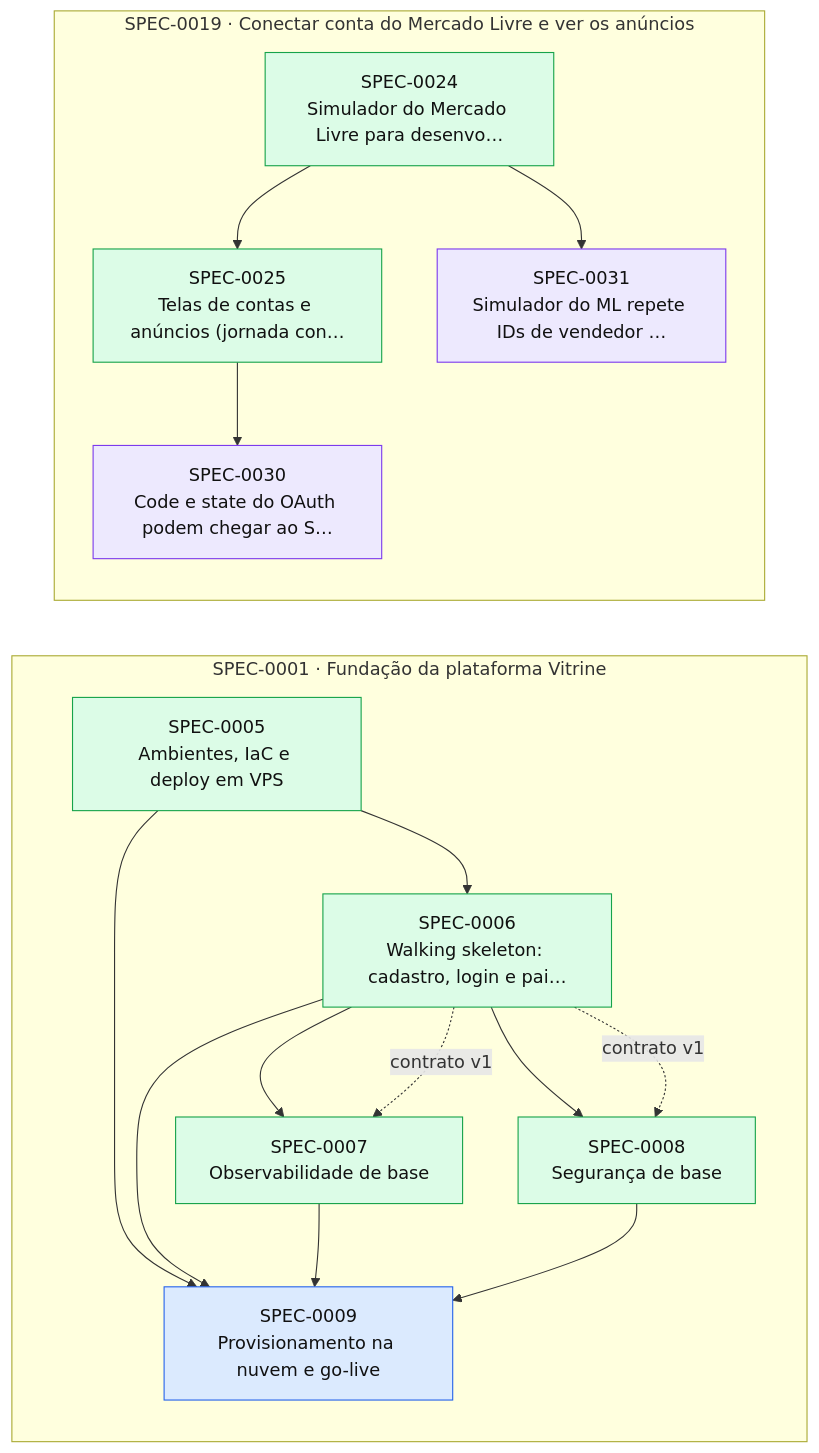
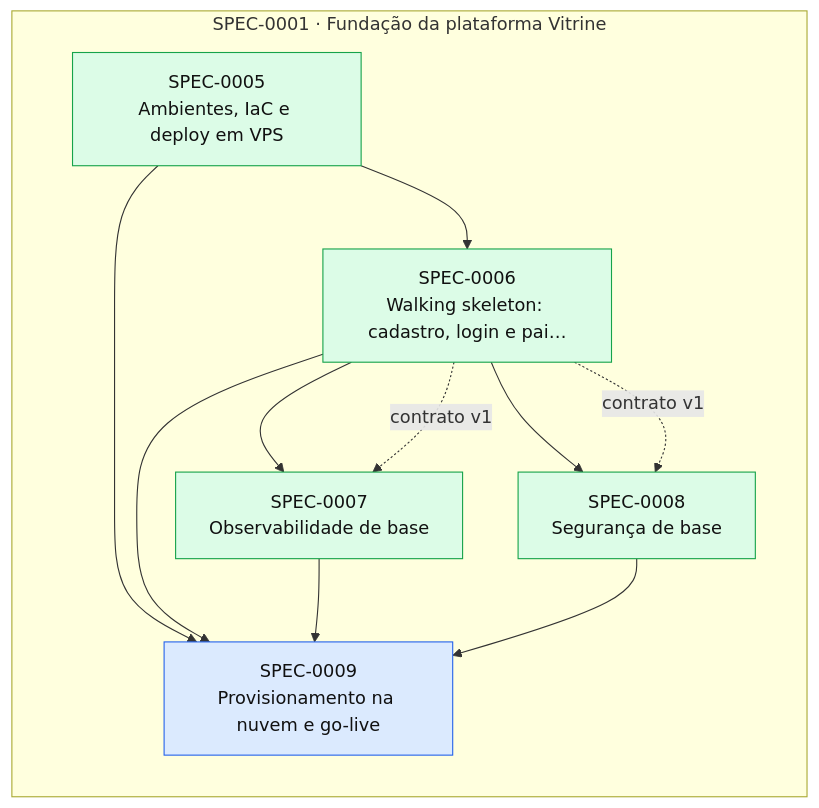
Before and after one commit to thomasravache/vitrine: the diagram in docs/specs/INDEX.md, drawn with Mermaid. The commit also changed other lines of this file and 2 other files, not shown here.

First line of the commit message:
docs(specs): SPEC-0030 e SPEC-0031 implementadas

````diff
--- a/docs/specs/INDEX.md
+++ b/docs/specs/INDEX.md
@@ -60,33 +58,24 @@
 ```mermaid
 flowchart LR
   subgraph E0001["SPEC-0001 · Fundação da plataforma Vitrine"]
     S0005["SPEC-0005<br/>Ambientes, IaC e deploy em VPS"]:::implemented
     S0006["SPEC-0006<br/>Walking skeleton: cadastro, login e pai…"]:::implemented
     S0007["SPEC-0007<br/>Observabilidade de base"]:::implemented
     S0008["SPEC-0008<br/>Segurança de base"]:::implemented
     S0009["SPEC-0009<br/>Provisionamento na nuvem e go-live"]:::approved
-  end
-  subgraph E0019["SPEC-0019 · Conectar conta do Mercado Livre e ver os anúncios"]
-    S0024["SPEC-0024<br/>Simulador do Mercado Livre para desenvo…"]:::implemented
-    S0025["SPEC-0025<br/>Telas de contas e anúncios (jornada con…"]:::implemented
-    S0030["SPEC-0030<br/>Code e state do OAuth podem chegar ao S…"]:::inprogress
-    S0031["SPEC-0031<br/>Simulador do ML repete IDs de vendedor …"]:::inprogress
   end
   S0005 --> S0006
   S0006 --> S0007
   S0006 -. contrato v1 .-> S0007
   S0006 --> S0008
   S0006 -. contrato v1 .-> S0008
   S0005 --> S0009
   S0006 --> S0009
   S0007 --> S0009
   S0008 --> S0009
-  S0024 --> S0025
-  S0025 --> S0030
-  S0024 --> S0031
   classDef proposed fill:#fef3c7,stroke:#d97706,color:#111
   classDef approved fill:#dbeafe,stroke:#2563eb,color:#111
   classDef inprogress fill:#ede9fe,stroke:#7c3aed,color:#111
   classDef implemented fill:#dcfce7,stroke:#16a34a,color:#111
   classDef deprecated fill:#f3f4f6,stroke:#9ca3af,color:#6b7280
 ```
````
